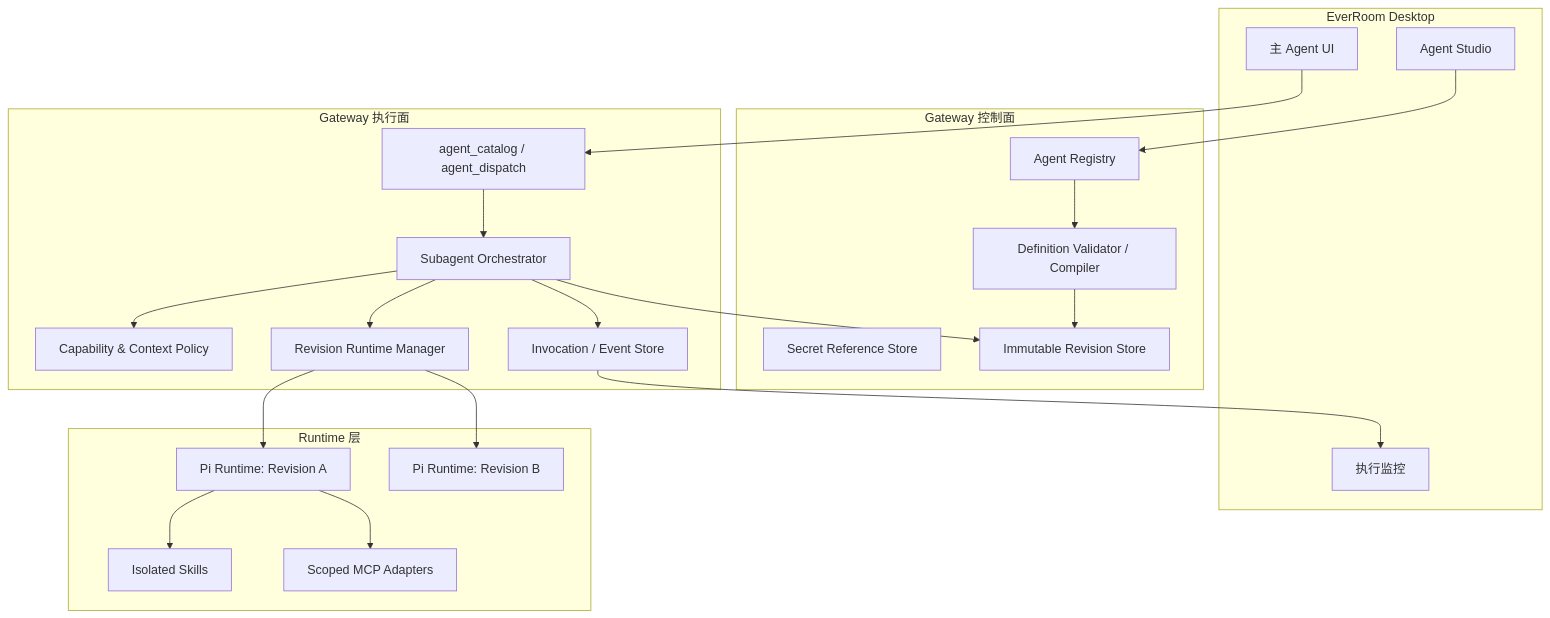
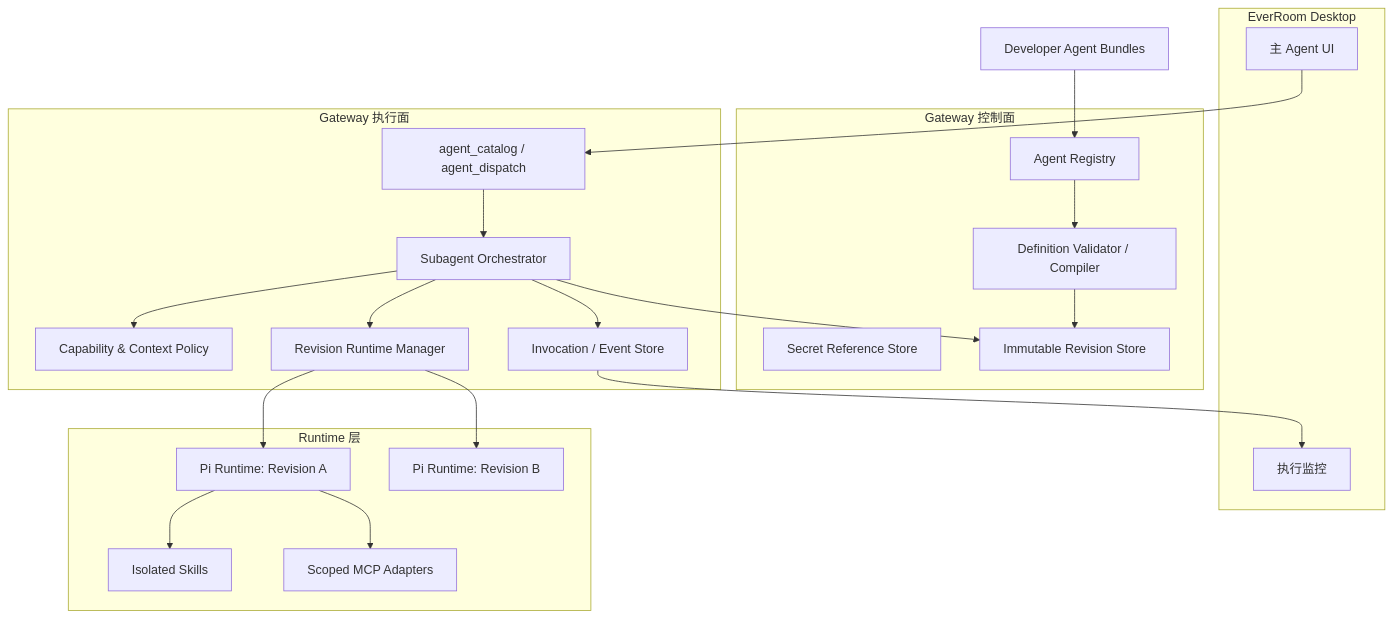
The first of 2 diagrams in docs/subagent-framework-design.zh-CN.md (NxcoreAI/EverRoom), drawn with Mermaid before and after one commit. The commit also changed other lines of this file and 68 other files, not shown here.

````diff
--- a/docs/subagent-framework-design.zh-CN.md
+++ b/docs/subagent-framework-design.zh-CN.md
@@ -87,42 +121,43 @@
 ```mermaid
 flowchart TB
   subgraph Desktop["EverRoom Desktop"]
-    Studio["Agent Studio"]
     Chat["主 Agent UI"]
     Monitor["执行监控"]
   end
+
+  Files["Developer Agent Bundles"]
 
   subgraph Control["Gateway 控制面"]
     Registry["Agent Registry"]
     Compiler["Definition Validator / Compiler"]
     SecretStore["Secret Reference Store"]
     RevisionStore["Immutable Revision Store"]
   end
 
   subgraph Execution["Gateway 执行面"]
     DispatchTool["agent_catalog / agent_dispatch"]
     Orchestrator["Subagent Orchestrator"]
     Policy["Capability & Context Policy"]
     RuntimeManager["Revision Runtime Manager"]
     EventStore["Invocation / Event Store"]
   end
 
   subgraph Runtime["Runtime 层"]
     PiA["Pi Runtime: Revision A"]
     PiB["Pi Runtime: Revision B"]
     Skills["Isolated Skills"]
     Mcp["Scoped MCP Adapters"]
   end
 
-  Studio --> Registry --> Compiler --> RevisionStore
+  Files --> Registry --> Compiler --> RevisionStore
   Chat --> DispatchTool --> Orchestrator
   Orchestrator --> RevisionStore
   Orchestrator --> Policy
   Orchestrator --> RuntimeManager
   RuntimeManager --> PiA
   RuntimeManager --> PiB
   PiA --> Skills
   PiA --> Mcp
   Orchestrator --> EventStore
   EventStore --> Monitor
 ```
````
